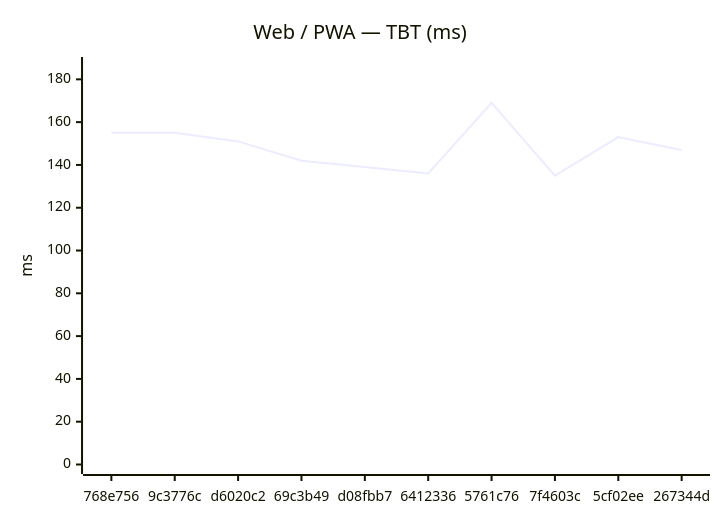
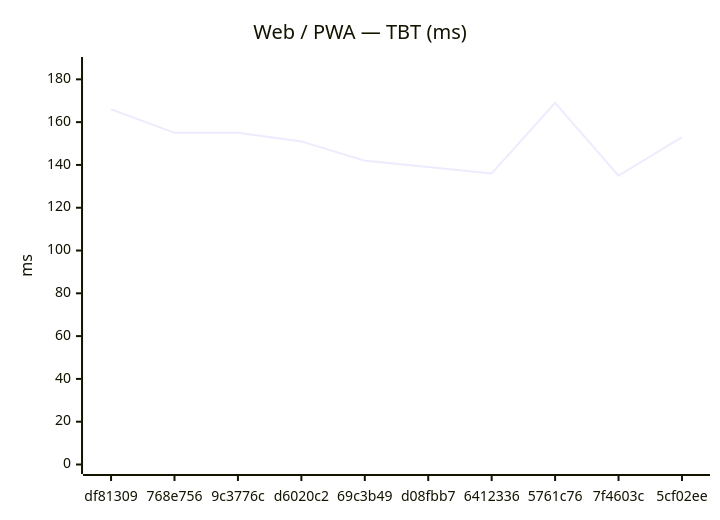
The second of 18 diagrams in benchmarks/compare.md (Metaheurist/Rianell), drawn with Mermaid before and after one commit. The commit also changed other lines of this file and 11 other files, not shown here.

````diff
--- a/benchmarks/compare.md
+++ b/benchmarks/compare.md
@@ -31,7 +31,7 @@
 ```mermaid
 xychart-beta
     title "Web / PWA — TBT (ms)"
-    x-axis ["768e756", "9c3776c", "d6020c2", "69c3b49", "d08fbb7", "6412336", "5761c76", "7f4603c", "5cf02ee", "267344d"]
+    x-axis ["df81309", "768e756", "9c3776c", "d6020c2", "69c3b49", "d08fbb7", "6412336", "5761c76", "7f4603c", "5cf02ee"]
     y-axis "ms" 0 --> 186
-    line [155, 155, 151, 142, 139, 136, 169, 135, 153, 147]
+    line [166, 155, 155, 151, 142, 139, 136, 169, 135, 153]
 ```
````
